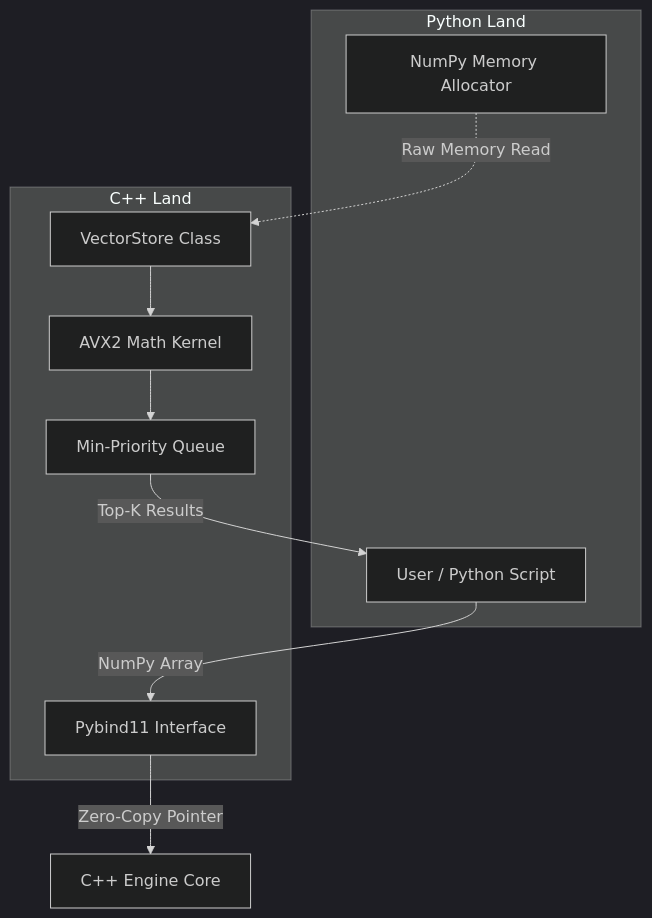
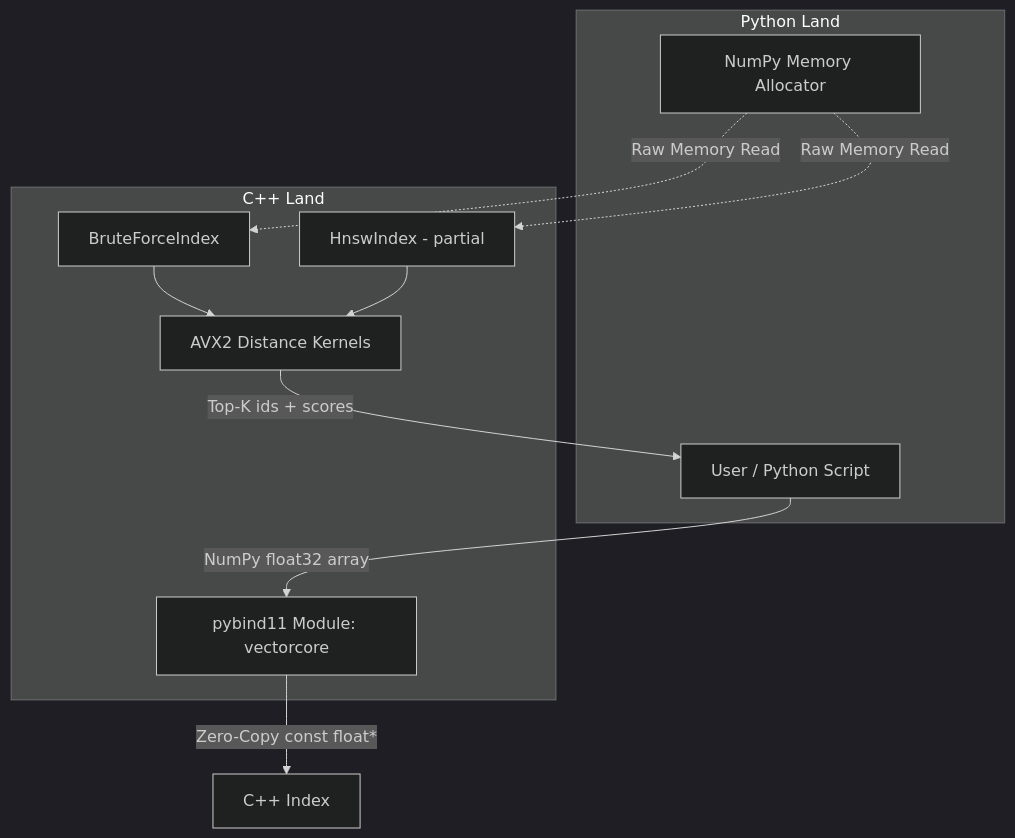
Before and after one commit to Krishna-529/VectorCore: the diagram in README.md, drawn with Mermaid (dark theme). The commit also changed other lines of this file and 90 other files, not shown here.

````diff
--- a/README.md
+++ b/README.md
@@ -44,22 +47,23 @@
 ```mermaid
 graph TD
-    User[User / Python Script] -->|NumPy Array| Interface[Pybind11 Interface]
-    Interface -->|Zero-Copy Pointer| Engine[C++ Engine Core]
-    
+    User[User / Python Script] -->|NumPy float32 array| Interface[pybind11 Module: vectorcore]
+    Interface -->|Zero-Copy const float*| Engine[C++ Index]
+
     subgraph "Python Land"
         User
         Numpy[NumPy Memory Allocator]
     end
 
     subgraph "C++ Land"
         Interface
-        Store[VectorStore Class]
-        ALU[AVX2 Math Kernel]
-        Heap[Min-Priority Queue]
+        BF[BruteForceIndex]
+        HNSW[HnswIndex - partial]
+        Dist[AVX2 Distance Kernels]
     end
 
-    Numpy -.->|Raw Memory Read| Store
-    Store --> ALU
-    ALU --> Heap
-    Heap -->|Top-K Results| User
+    Numpy -.->|Raw Memory Read| BF
+    Numpy -.->|Raw Memory Read| HNSW
+    BF --> Dist
+    HNSW --> Dist
+    Dist -->|Top-K ids + scores| User
 ```
````
